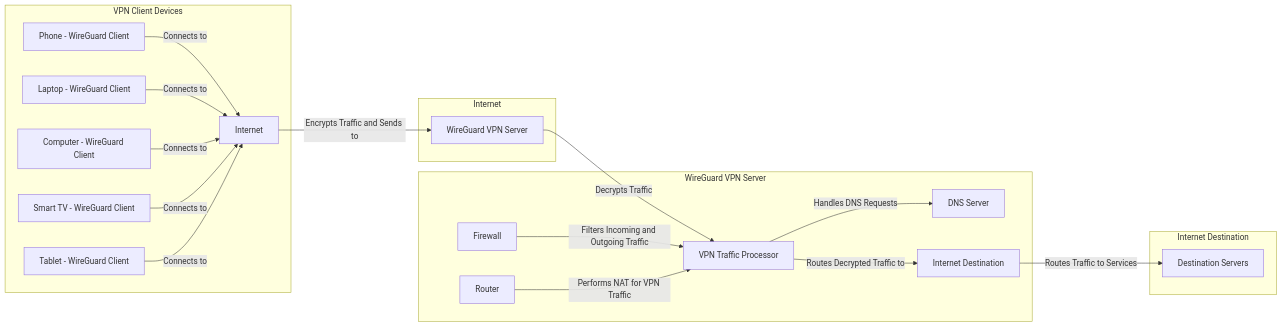
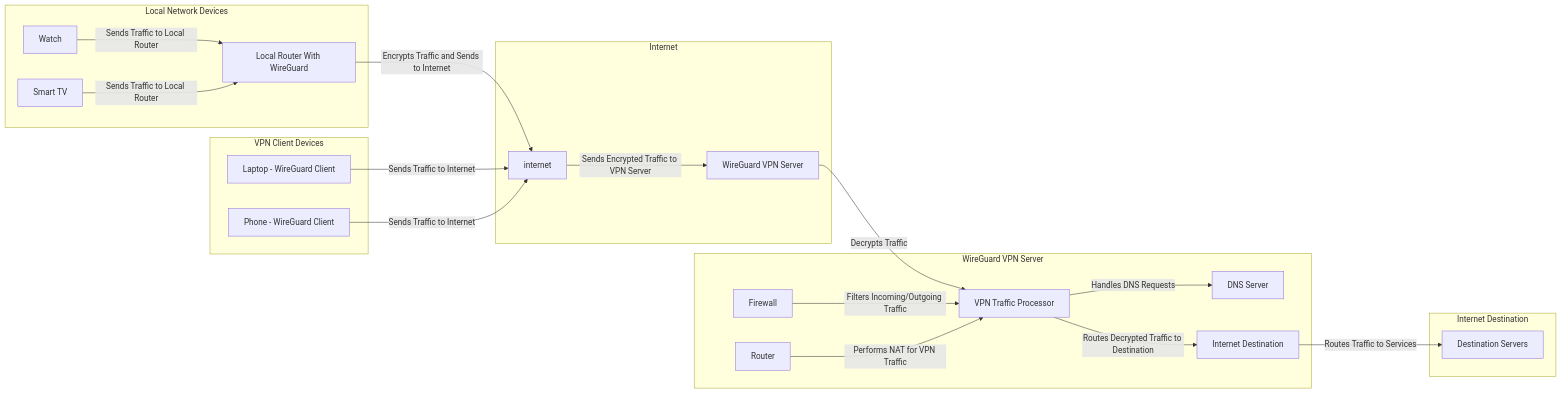
The diagram in test/readme.md (Strong-Foundation/wireguard-manager), drawn with Mermaid before and after one commit.

````diff
--- a/test/readme.md
+++ b/test/readme.md
@@ -1,31 +1,42 @@
 ```mermaid
 graph LR
-  %% VPN Client Devices
+  %% VPN Client Devices (Direct Connection)
   subgraph "VPN Client Devices"
-    phone[Phone - WireGuard Client] -->|Connects to| internet["Internet"]
-    laptop[Laptop - WireGuard Client] -->|Connects to| internet
-    computer[Computer - WireGuard Client] -->|Connects to| internet
-    smartTV[Smart TV - WireGuard Client] -->|Connects to| internet
-    tablet[Tablet - WireGuard Client] -->|Connects to| internet
+    phone[Phone - WireGuard Client]
+    laptop[Laptop - WireGuard Client]
   end
 
-  %% Internet Layer
-  subgraph "Internet"
-    internet -->|Encrypts Traffic and Sends to| vpnServer[WireGuard VPN Server]
+  %% Local Network Devices Connecting Through Router
+  subgraph "Local Network Devices"
+    localWatch[Watch] -->|Sends Traffic to Local Router| localRouter[Local Router With WireGuard]
+    localSmartTV[Smart TV] -->|Sends Traffic to Local Router| localRouter
+    localRouter
   end
 
-  %% WireGuard VPN Server
+  %% Internet Block
+  subgraph "Internet"
+    internet -->|"Sends Encrypted Traffic to VPN Server"| vpnServer[WireGuard VPN Server]
+  end
+
+  %% WireGuard VPN Server - Processing Encrypted Traffic
   subgraph "WireGuard VPN Server"
     vpnServer -->|Decrypts Traffic| wireGuardVPN[VPN Traffic Processor]
     wireGuardVPN -->|Handles DNS Requests| dnsServer[DNS Server]
-    firewall[Firewall] -->|Filters Incoming and Outgoing Traffic| wireGuardVPN
+    firewall[Firewall] -->|Filters Incoming/Outgoing Traffic| wireGuardVPN
     router[Router] -->|Performs NAT for VPN Traffic| wireGuardVPN
-    wireGuardVPN -->|Routes Decrypted Traffic to| internetDestination["Internet Destination"]
+    wireGuardVPN -->|Routes Decrypted Traffic to Destination| internetDestination["Internet Destination"]
   end
 
-  %% Internet Destination
+  %% Internet Destination - Services Handling Requests
   subgraph "Internet Destination"
     internetDestination -->|Routes Traffic to Services| destinationServices[Destination Servers]
   end
 
+  %% Connections to the Internet
+  internet
+  vpnServer
+  localRouter -->|"Encrypts Traffic and Sends to Internet"| internet
+  laptop -->|"Sends Traffic to Internet"| internet
+  phone -->|"Sends Traffic to Internet"| internet
+
 ```
````
